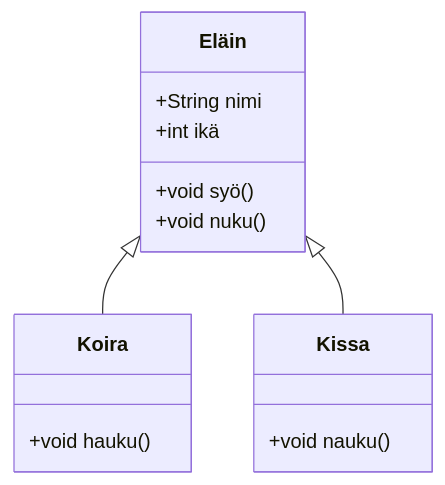
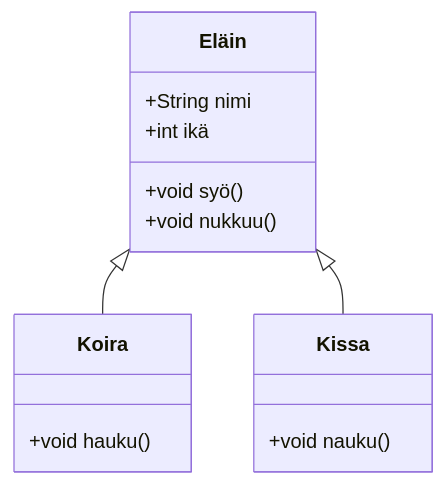
Before and after one commit to zccz14/CZON: the fourth of 7 diagrams in .czon/src/fi-FI/8938d6aac9c056c06137a041b8e82379bfb619bb6d435b9ecec515337dd0cd69.md, drawn with Mermaid. The commit also changed other lines of this file and 148 other files, not shown here.

````diff
--- a/.czon/src/fi-FI/8938d6aac9c056c06137a041b8e82379bfb619bb6d435b9ecec515337dd0cd69.md
+++ b/.czon/src/fi-FI/8938d6aac9c056c06137a041b8e82379bfb619bb6d435b9ecec515337dd0cd69.md
@@ -70,18 +69,18 @@
 ```mermaid
 classDiagram
     class Eläin {
         +String nimi
         +int ikä
         +void syö()
-        +void nuku()
+        +void nukkuu()
     }
     class Koira {
         +void hauku()
     }
     class Kissa {
         +void nauku()
     }
 
     Eläin <|-- Koira
     Eläin <|-- Kissa
 ```
````
